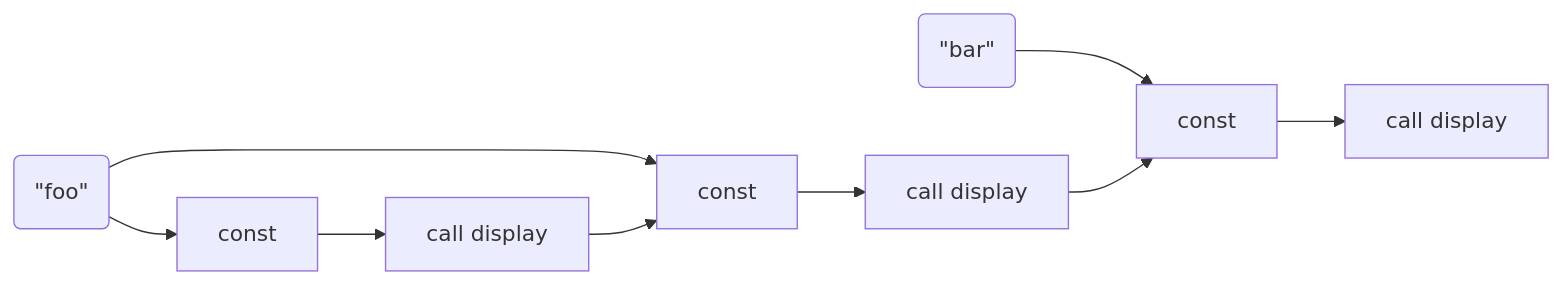
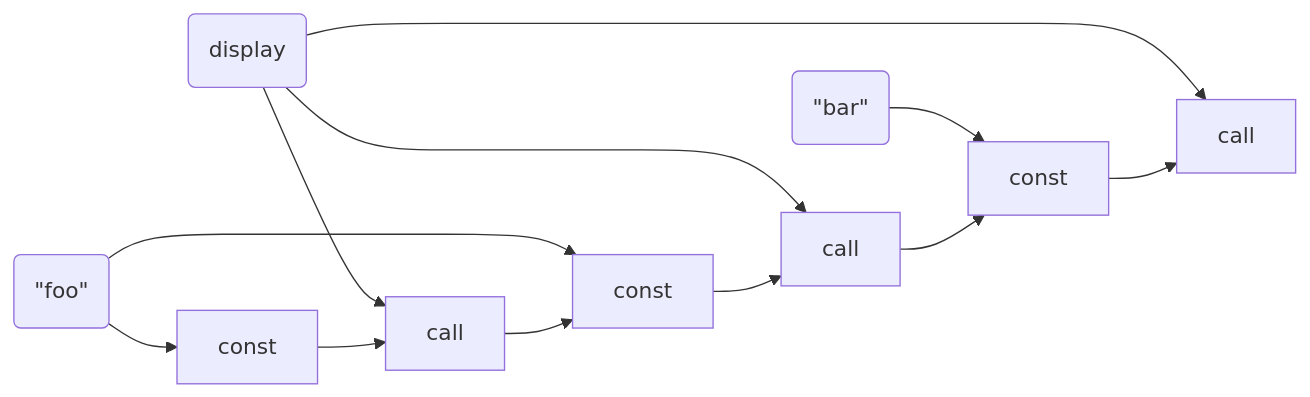
One commit to raviqqe/doc changed the diagram in slides/papers/stak-scheme/duplicate-strings.mmd. Above: the diagram before and after it, drawn with Mermaid.

```diff
--- a/slides/papers/stak-scheme/duplicate-strings.mmd
+++ b/slides/papers/stak-scheme/duplicate-strings.mmd
@@ -1,7 +1,10 @@
 flowchart LR
   d0(#quot;foo#quot;) --> c0
   d0 --> c2
   d1(#quot;bar#quot;) --> c4
-  c0[const ] --> c1[call display] --> c2
-  c2[const] --> c3[call display] --> c4
-  c4[const] --> c5[call display]
+  d2(display) --> c1
+  d2 --> c3
+  d2 --> c5
+  c0[const ] --> c1[call] --> c2
+  c2[const] --> c3[call] --> c4
+  c4[const] --> c5[call]
```
